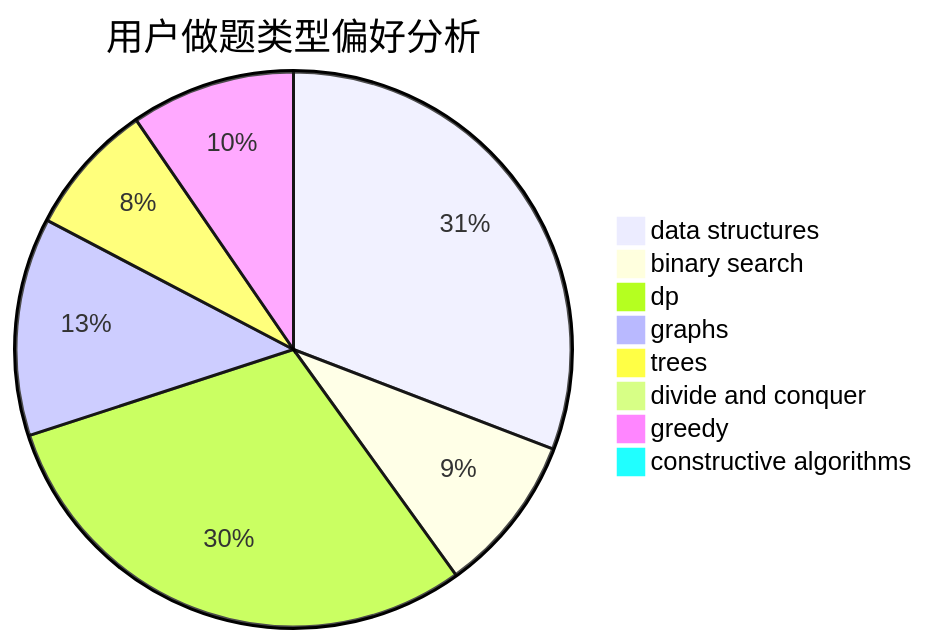
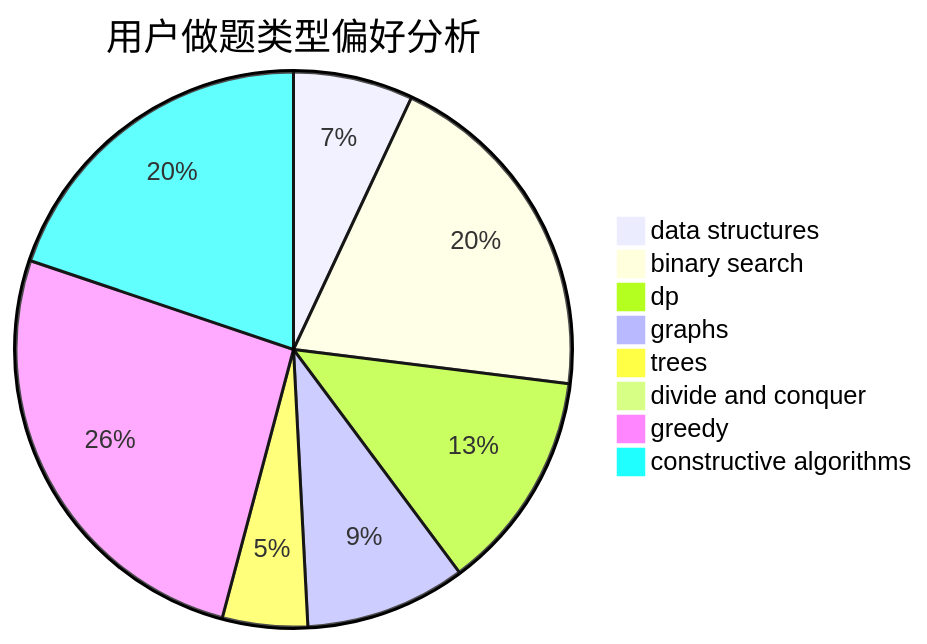
Before and after one commit to sherpahu/cfrs.github.io: the second of 3 diagrams in docs/user/u1272.md, drawn with Mermaid. The commit also changed other lines of this file and 2770 other files, not shown here.

````diff
--- a/docs/user/u1272.md
+++ b/docs/user/u1272.md
@@ -23,11 +23,11 @@
 ```mermaid
 pie title 用户做题类型偏好分析
-    "data structures" :  374
-    "binary search" :  112
-    "dp" :  363
-    "graphs" :  154
-    "trees" :  94
+    "data structures" :  38
+    "binary search" :  109
+    "dp" :  70
+    "graphs" :  51
+    "trees" :  27
     "divide and conquer" :  0
-    "greedy" :  116
-    "constructive algorithms" :  4
+    "greedy" :  142
+    "constructive algorithms" :  108
 ```
````
